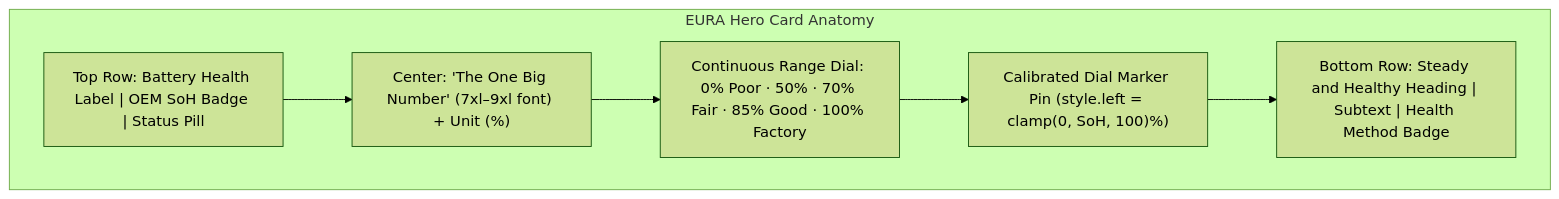
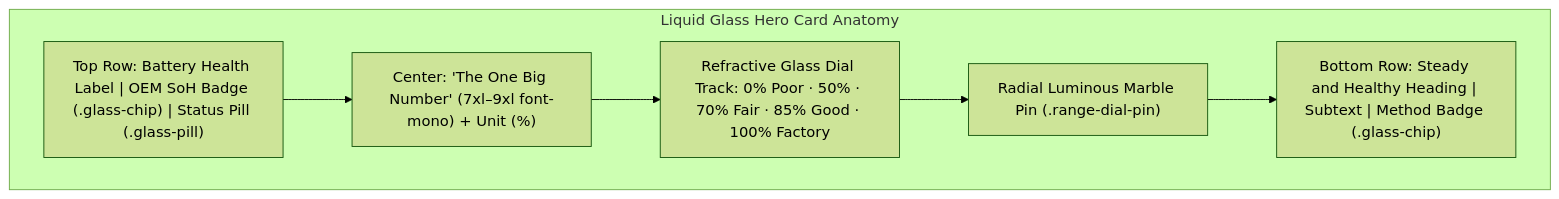
The fifth of 7 diagrams in FRONTEND_DESIGN_DOC.md (raghul11x/Ion-Battery-Health-Analyser), drawn with Mermaid (forest theme) before and after one commit. The commit also changed other lines of this file and 1 other file, not shown here.

````diff
--- a/FRONTEND_DESIGN_DOC.md
+++ b/FRONTEND_DESIGN_DOC.md
@@ -254,15 +280,15 @@
 ```mermaid
 flowchart TD
-    subgraph Hero_Card ["EURA Hero Card Anatomy"]
-        TOP["Top Row: Battery Health Label | OEM SoH Badge | Status Pill"]
-        NUM["Center: 'The One Big Number' (7xl–9xl font) + Unit (%)"]
-        DIAL["Continuous Range Dial: 0% Poor · 50% · 70% Fair · 85% Good · 100% Factory"]
-        PIN["Calibrated Dial Marker Pin (style.left = clamp(0, SoH, 100)%)"]
-        BOTTOM["Bottom Row: Steady and Healthy Heading | Subtext | Health Method Badge"]
+    subgraph Hero_Card ["Liquid Glass Hero Card Anatomy"]
+        TOP["Top Row: Battery Health Label | OEM SoH Badge (.glass-chip) | Status Pill (.glass-pill)"]
+        NUM["Center: 'The One Big Number' (7xl–9xl font-mono) + Unit (%)"]
+        DIAL["Refractive Glass Dial Track: 0% Poor · 50% · 70% Fair · 85% Good · 100% Factory"]
+        PIN["Radial Luminous Marble Pin (.range-dial-pin)"]
+        BOTTOM["Bottom Row: Steady and Healthy Heading | Subtext | Method Badge (.glass-chip)"]
     end
     
     TOP --> NUM
     NUM --> DIAL
     DIAL --> PIN
     PIN --> BOTTOM
 ```
````
